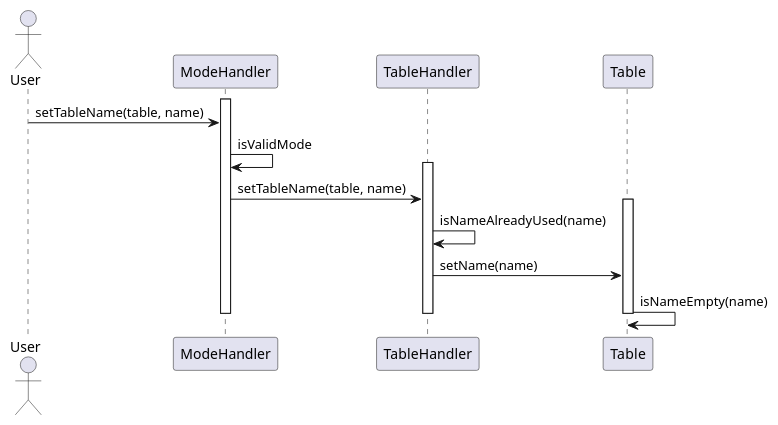
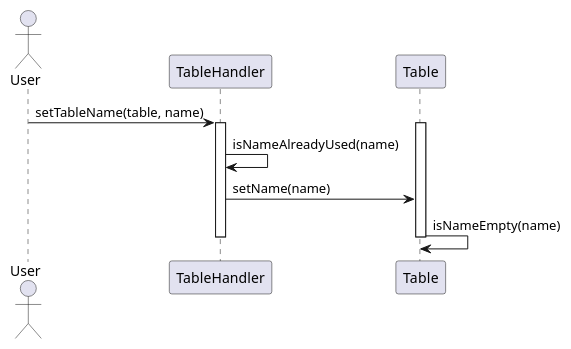
One commit to Bhamoss/softwareOntwerpProject changed the diagram in diagrams/interactionDiagrams/editTableName.puml. Above: the diagram before and after it, drawn with PlantUML. The commit also changed 12 other files, not shown here.

Commit message:
interactie diagrammen aangepasdt

```diff
--- a/diagrams/interactionDiagrams/editTableName.puml
+++ b/diagrams/interactionDiagrams/editTableName.puml
@@ -1,18 +1,14 @@
 @startuml
 actor User
 
-activate ModeHandler
-User -> ModeHandler: setTableName(table, name)
-ModeHandler -> ModeHandler: isValidMode
+User -> TableHandler: setTableName(table, name)
 activate TableHandler
-ModeHandler -> TableHandler: setTableName(table, name)
 activate Table
 TableHandler -> TableHandler: isNameAlreadyUsed(name)
 TableHandler -> Table: setName(name)
 Table -> Table: isNameEmpty(name)
 deactivate Table
 deactivate TableHandler
-deactivate ModeHandler
 
 
 @enduml
```
